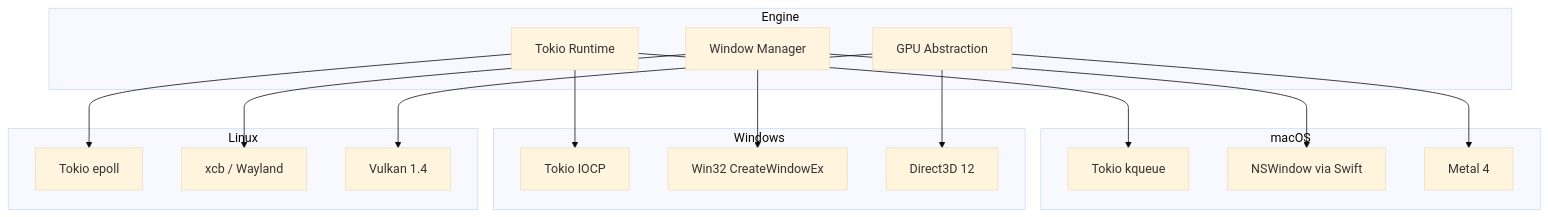
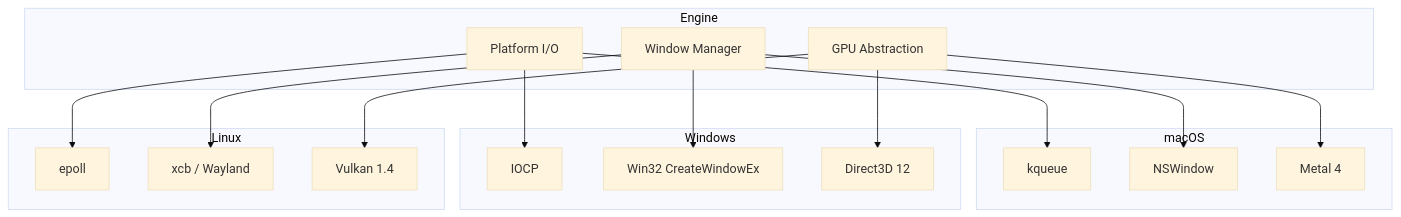
Diagram 16 of 16 in docs/architecture.md (harmonius-dev/harmonius), drawn with Mermaid (base theme) before and after one commit. The commit also changed other lines of this file and 174 other files, not shown here.

````diff
--- a/docs/architecture.md
+++ b/docs/architecture.md
@@ -1432,30 +1487,30 @@
 ```mermaid
 graph TB
     subgraph "Engine"
-        TOKIO[Tokio Runtime]
+        PIO[Platform I/O]
         WINDOW[Window Manager]
         GPUHAL[GPU Abstraction]
     end
 
     subgraph "macOS"
-        KQUEUE[Tokio kqueue]
-        NSWIN[NSWindow via Swift]
+        KQUEUE[kqueue]
+        NSWIN[NSWindow]
         METAL[Metal 4]
     end
 
     subgraph "Windows"
-        WIOCP[Tokio IOCP]
+        WIOCP[IOCP]
         WIN32[Win32 CreateWindowEx]
         D3D12[Direct3D 12]
     end
 
     subgraph "Linux"
-        EPOLL[Tokio epoll]
+        EPOLL[epoll]
         XCB[xcb / Wayland]
         VK[Vulkan 1.4]
     end
 
-    TOKIO --> KQUEUE & WIOCP & EPOLL
+    PIO --> KQUEUE & WIOCP & EPOLL
     WINDOW --> NSWIN & WIN32 & XCB
     GPUHAL --> METAL & D3D12 & VK
 ```
````
